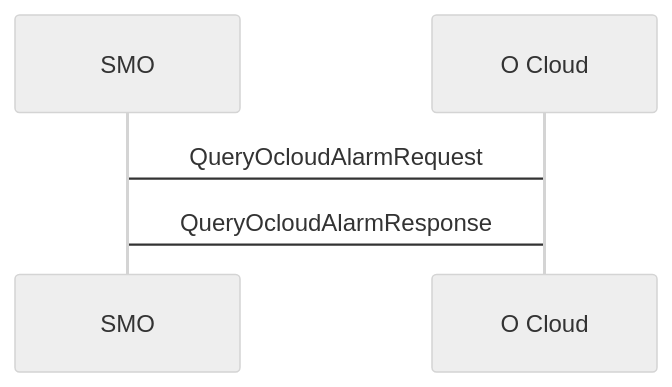
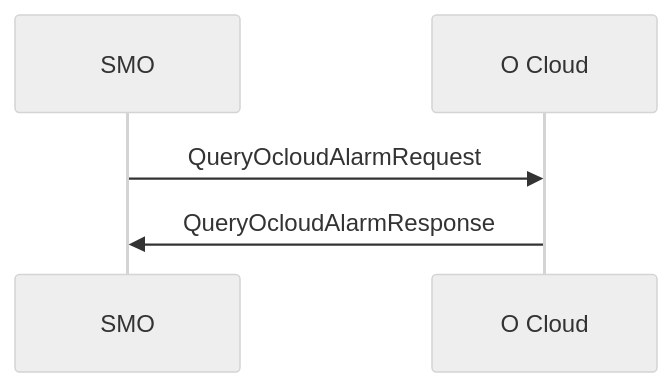
One commit to NTUST-BMW-Lab/documentation-book changed the third of 7 diagrams in O-RAN/O2 Interface/2_O2ims_Services.md. Above: the diagram before and after it, drawn with Mermaid (neutral theme). The commit also changed other lines of this file, not shown here.

````diff
--- a/O-RAN/O2 Interface/2_O2ims_Services.md
+++ b/O-RAN/O2 Interface/2_O2ims_Services.md
@@ -242,5 +242,5 @@
 ```mermaid
 sequenceDiagram
-SMO->O Cloud: QueryOcloudAlarmRequest
-O Cloud->SMO: QueryOcloudAlarmResponse
+SMO->>O Cloud: QueryOcloudAlarmRequest
+O Cloud->>SMO: QueryOcloudAlarmResponse
 ```
````
